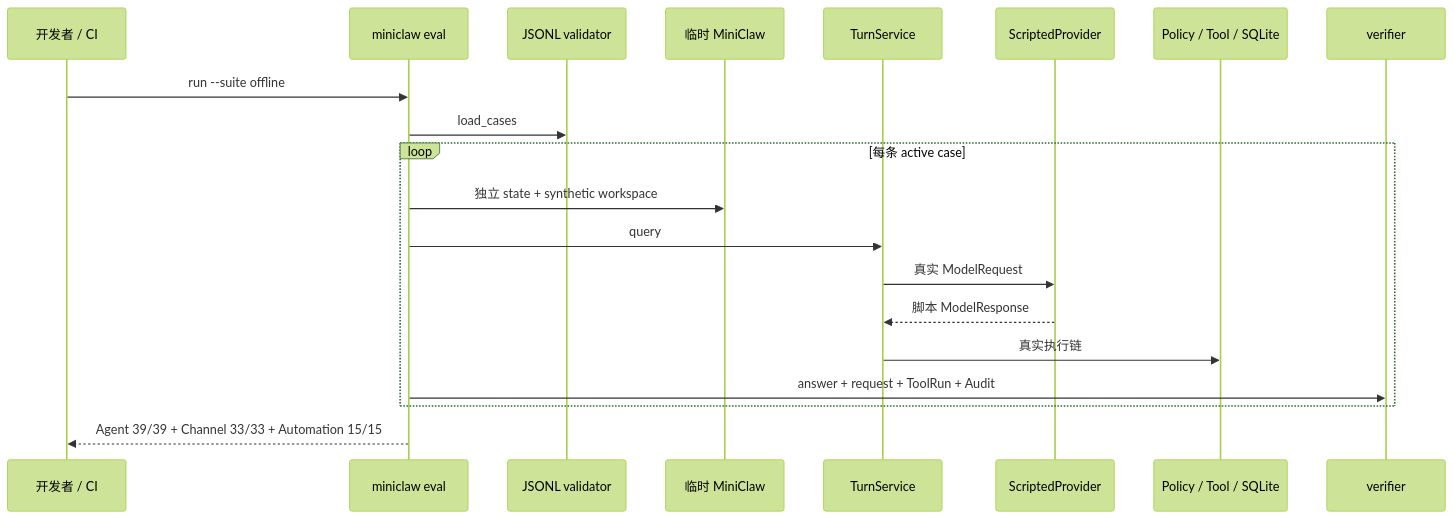
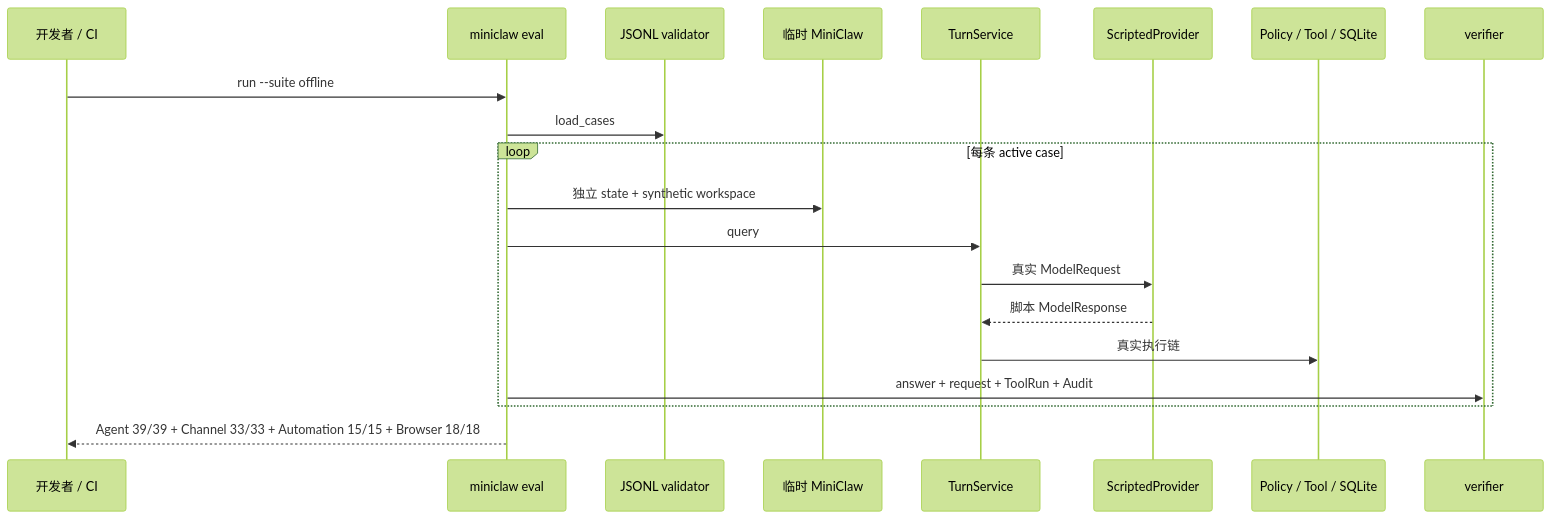
Diagram 11 of 14 in docs/architecture/20260807_系统架构.md (NEDONION/lobster0), drawn with Mermaid (forest theme) before and after one commit. The commit also changed other lines of this file and 17 other files, not shown here.

Commit message:
docs(phase6.5): 同步 Browser architecture 与 release evidence

````diff
--- a/docs/architecture/20260807_系统架构.md
+++ b/docs/architecture/20260807_系统架构.md
@@ -386,23 +395,23 @@
 ```mermaid
 sequenceDiagram
     participant Dev as 开发者 / CI
     participant CLI as miniclaw eval
     participant Loader as JSONL validator
     participant Temp as 临时 MiniClaw
     participant Turn as TurnService
     participant Fake as ScriptedProvider
     participant Tool as Policy / Tool / SQLite
     participant Verify as verifier
 
     Dev->>CLI: run --suite offline
     CLI->>Loader: load_cases
     loop 每条 active case
         CLI->>Temp: 独立 state + synthetic workspace
         CLI->>Turn: query
         Turn->>Fake: 真实 ModelRequest
         Fake-->>Turn: 脚本 ModelResponse
         Turn->>Tool: 真实执行链
         CLI->>Verify: answer + request + ToolRun + Audit
     end
-    CLI-->>Dev: Agent 39/39 + Channel 33/33 + Automation 15/15
+    CLI-->>Dev: Agent 39/39 + Channel 33/33 + Automation 15/15 + Browser 18/18
 ```
````
